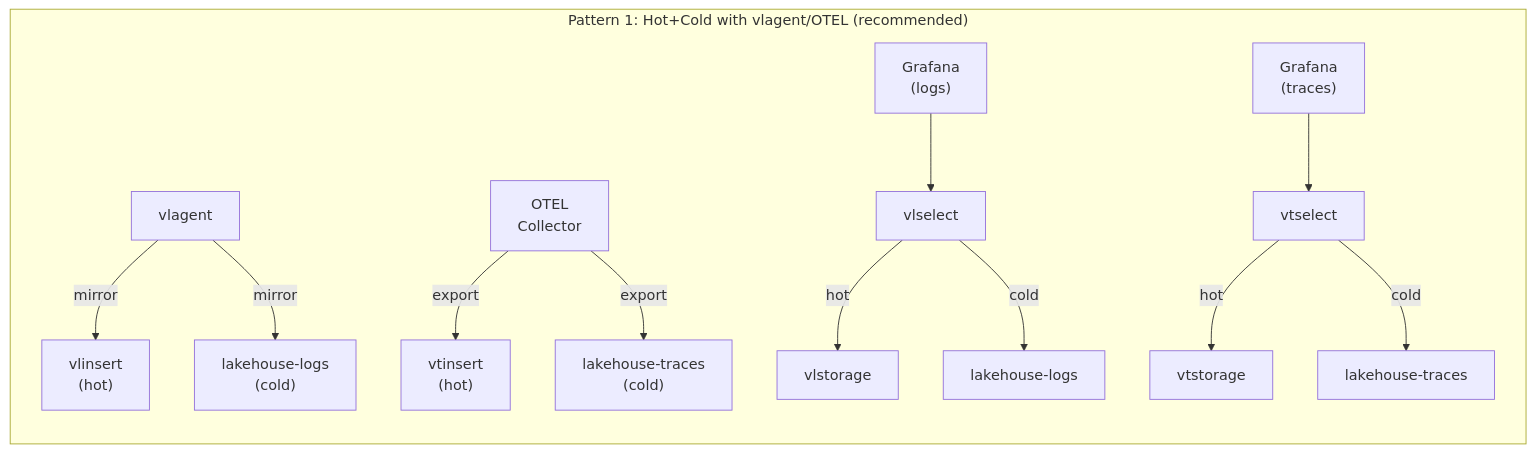
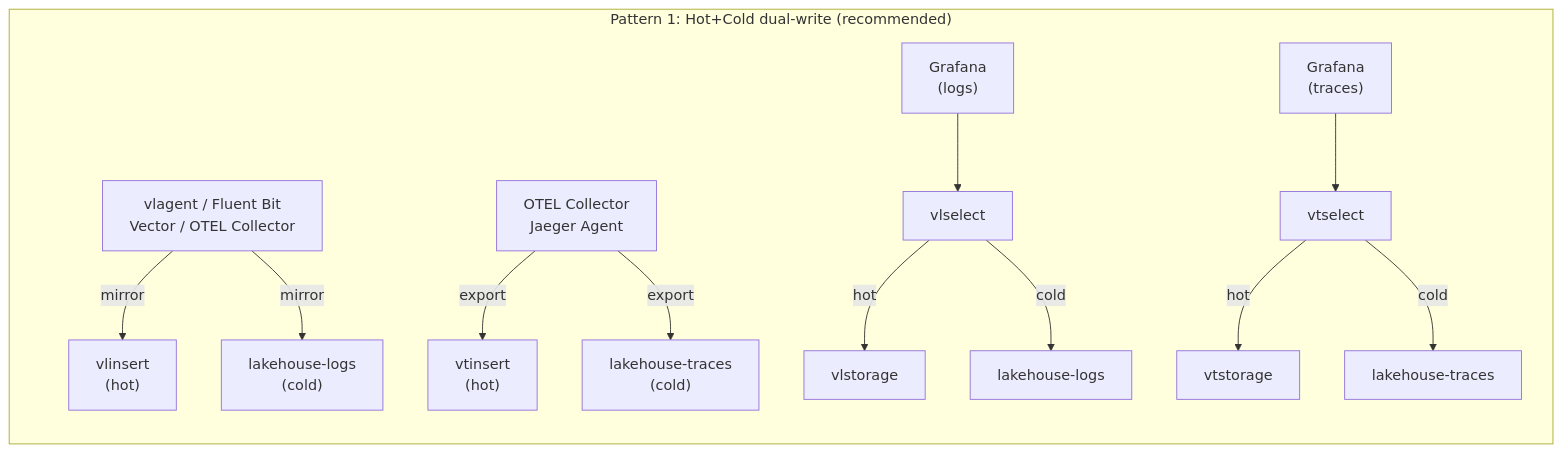
One commit to ReliablyObserve/victoria-lakehouse changed the fourth of 10 diagrams in README.md. Above: the diagram before and after it, drawn with Mermaid. The commit also changed other lines of this file, not shown here.

First line of the commit message:
docs: comprehensive README update — architecture, schema, security, analytics

````diff
--- a/README.md
+++ b/README.md
@@ -221,15 +251,15 @@
 ```mermaid
 graph LR
-    subgraph "Pattern 1: Hot+Cold with vlagent/OTEL (recommended)"
-        VA["vlagent"] -->|mirror| VLI["vlinsert<br/>(hot)"]
+    subgraph "Pattern 1: Hot+Cold dual-write (recommended)"
+        VA["vlagent / Fluent Bit<br/>Vector / OTEL Collector"] -->|mirror| VLI["vlinsert<br/>(hot)"]
         VA -->|mirror| LHL["lakehouse-logs<br/>(cold)"]
-        OC["OTEL<br/>Collector"] -->|export| VTI["vtinsert<br/>(hot)"]
+        OC["OTEL Collector<br/>Jaeger Agent"] -->|export| VTI["vtinsert<br/>(hot)"]
         OC -->|export| LHT["lakehouse-traces<br/>(cold)"]
         G1L["Grafana<br/>(logs)"] --> VLS1["vlselect"]
         VLS1 -->|hot| VLSTO1["vlstorage"]
         VLS1 -->|cold| LHLS["lakehouse-logs"]
         G1T["Grafana<br/>(traces)"] --> VTS1["vtselect"]
         VTS1 -->|hot| VTSTO1["vtstorage"]
         VTS1 -->|cold| LHTS["lakehouse-traces"]
     end
 ```
````
